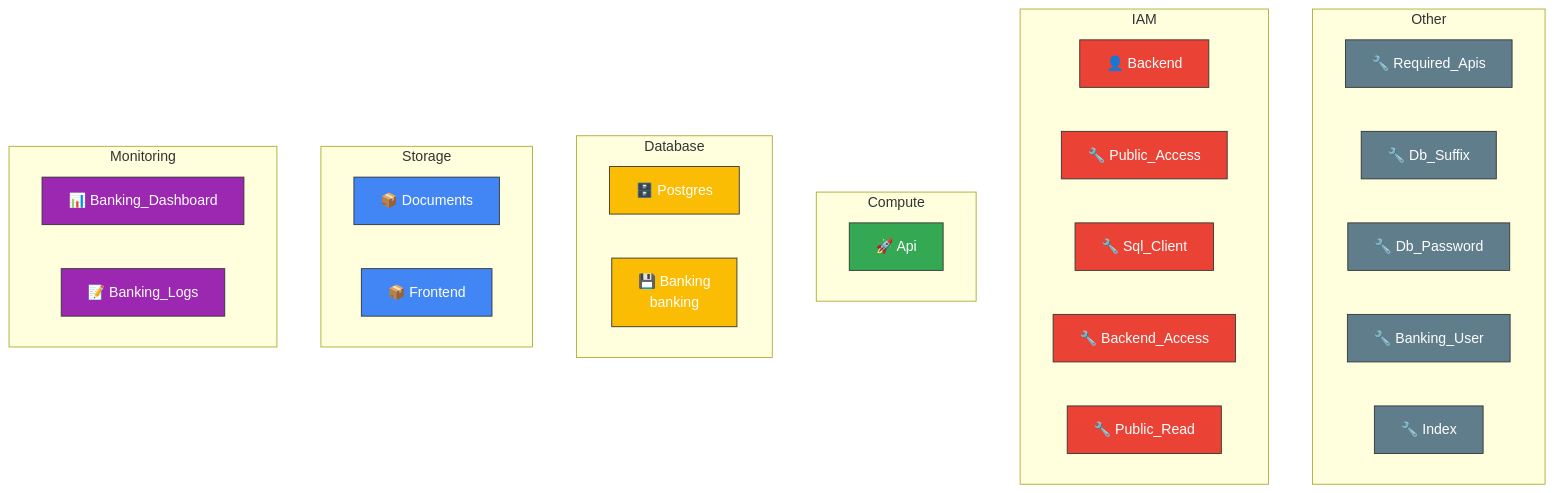
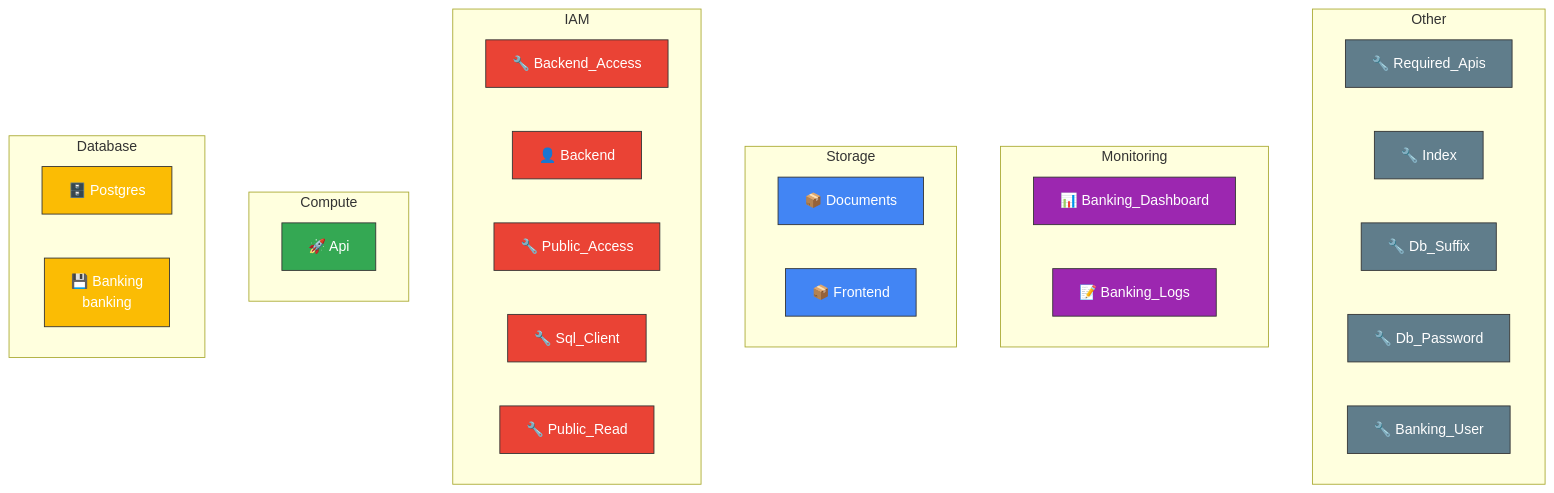
The diagram in stacks/online-banking/diagrams/architecture-architecture.mmd (intuitivetp/terraform-gcs-poc), drawn with Mermaid before and after one commit. The commit also changed other lines of this file and 1 other file, not shown here.

First line of the commit message:
docs(diagrams): update architecture diagrams for online-banking

```diff
--- a/stacks/online-banking/diagrams/architecture-architecture.mmd
+++ b/stacks/online-banking/diagrams/architecture-architecture.mmd
@@ -1,57 +1,57 @@
 graph TB
 
     subgraph Other
         google_project_service_required_apis[🔧 Required_Apis]
+        google_storage_bucket_object_index[🔧 Index]
         random_id_db_suffix[🔧 Db_Suffix]
         random_password_db_password[🔧 Db_Password]
         google_sql_user_banking_user[🔧 Banking_User]
-        google_storage_bucket_object_index[🔧 Index]
+    end
+
+    subgraph Monitoring
+        google_monitoring_dashboard_banking_dashboard[📊 Banking_Dashboard]
+        google_logging_project_sink_banking_logs[📝 Banking_Logs]
+    end
+
+    subgraph Storage
+        google_storage_bucket_documents[📦 Documents]
+        google_storage_bucket_frontend[📦 Frontend]
     end
 
     subgraph IAM
+        google_storage_bucket_iam_member_backend_access[🔧 Backend_Access]
         google_service_account_backend[👤 Backend]
         google_cloud_run_service_iam_member_public_access[🔧 Public_Access]
         google_project_iam_member_sql_client[🔧 Sql_Client]
-        google_storage_bucket_iam_member_backend_access[🔧 Backend_Access]
         google_storage_bucket_iam_member_public_read[🔧 Public_Read]
     end
 
     subgraph Compute
         google_cloud_run_service_api[🚀 Api]
     end
 
     subgraph Database
         google_sql_database_instance_postgres[🗄️ Postgres]
         google_sql_database_banking[💾 Banking<br/>banking]
     end
 
-    subgraph Storage
-        google_storage_bucket_documents[📦 Documents]
-        google_storage_bucket_frontend[📦 Frontend]
-    end
-
-    subgraph Monitoring
-        google_monitoring_dashboard_banking_dashboard[📊 Banking_Dashboard]
-        google_logging_project_sink_banking_logs[📝 Banking_Logs]
-    end
-
     %% Dependencies
 
     %% Styling
     style google_project_service_required_apis fill:#607d8b,stroke:#333,color:#fff
+    style google_monitoring_dashboard_banking_dashboard fill:#9c27b0,stroke:#333,color:#fff
+    style google_logging_project_sink_banking_logs fill:#9c27b0,stroke:#333,color:#fff
+    style google_storage_bucket_documents fill:#4285f4,stroke:#333,color:#fff
+    style google_storage_bucket_iam_member_backend_access fill:#ea4335,stroke:#333,color:#fff
     style google_service_account_backend fill:#ea4335,stroke:#333,color:#fff
     style google_cloud_run_service_api fill:#34a853,stroke:#333,color:#fff
     style google_cloud_run_service_iam_member_public_access fill:#ea4335,stroke:#333,color:#fff
     style google_project_iam_member_sql_client fill:#ea4335,stroke:#333,color:#fff
+    style google_storage_bucket_frontend fill:#4285f4,stroke:#333,color:#fff
+    style google_storage_bucket_iam_member_public_read fill:#ea4335,stroke:#333,color:#fff
+    style google_storage_bucket_object_index fill:#607d8b,stroke:#333,color:#fff
     style random_id_db_suffix fill:#607d8b,stroke:#333,color:#fff
     style google_sql_database_instance_postgres fill:#fbbc04,stroke:#333,color:#fff
     style google_sql_database_banking fill:#fbbc04,stroke:#333,color:#fff
     style random_password_db_password fill:#607d8b,stroke:#333,color:#fff
     style google_sql_user_banking_user fill:#607d8b,stroke:#333,color:#fff
-    style google_storage_bucket_documents fill:#4285f4,stroke:#333,color:#fff
-    style google_storage_bucket_iam_member_backend_access fill:#ea4335,stroke:#333,color:#fff
-    style google_storage_bucket_frontend fill:#4285f4,stroke:#333,color:#fff
-    style google_storage_bucket_iam_member_public_read fill:#ea4335,stroke:#333,color:#fff
-    style google_storage_bucket_object_index fill:#607d8b,stroke:#333,color:#fff
-    style google_monitoring_dashboard_banking_dashboard fill:#9c27b0,stroke:#333,color:#fff
-    style google_logging_project_sink_banking_logs fill:#9c27b0,stroke:#333,color:#fff
```
